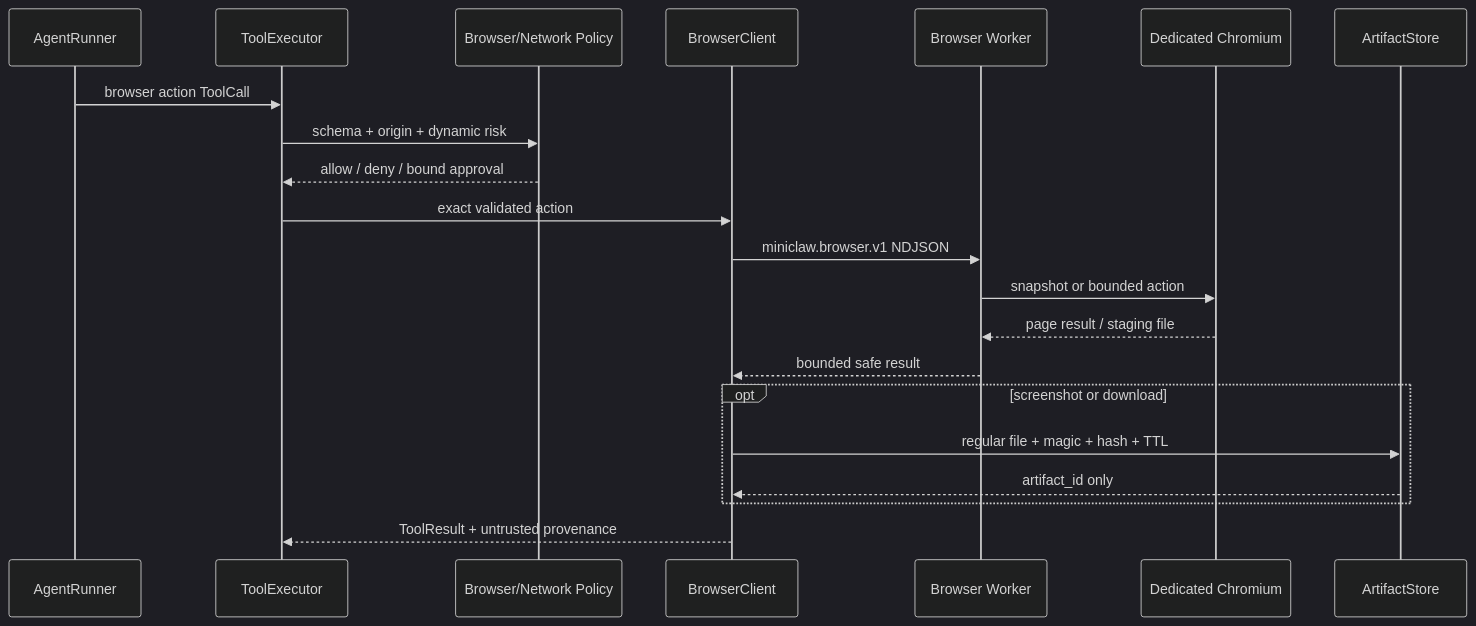
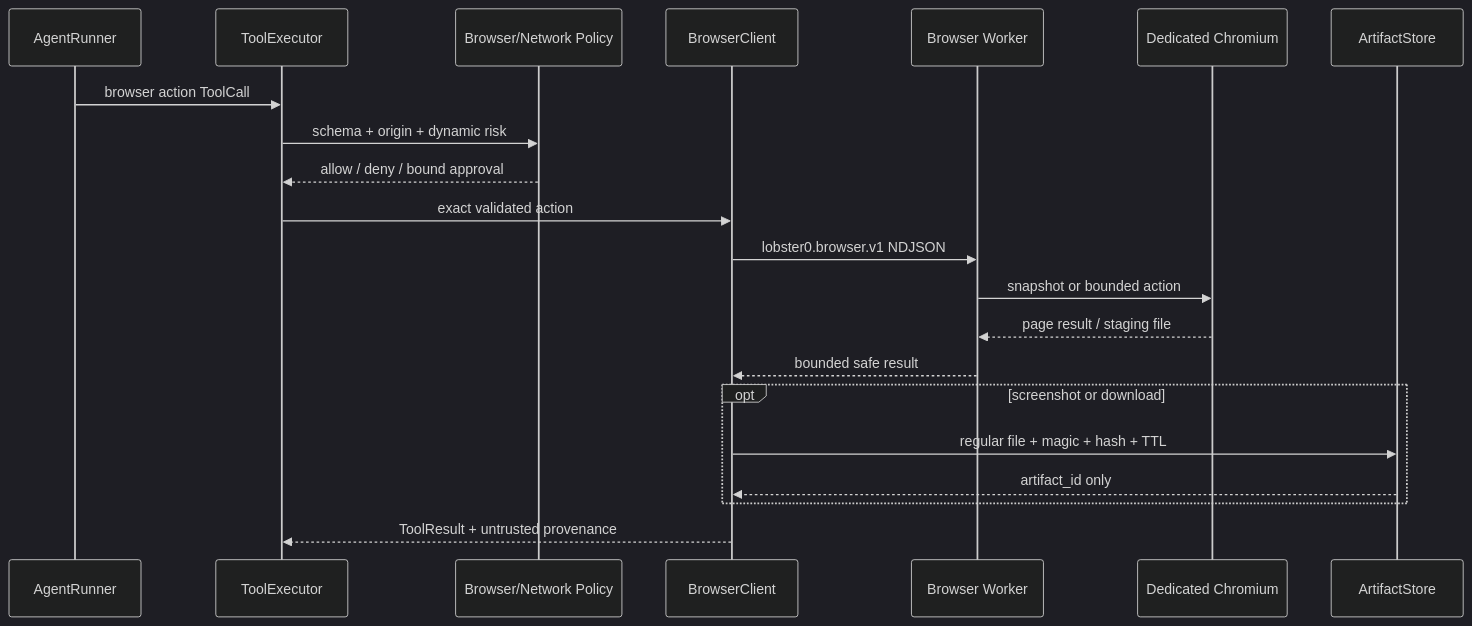
Before and after one commit to NEDONION/lobster0: diagram 12 of 14 in docs/architecture/20260807_系统架构.md, drawn with Mermaid (dark theme). The commit also changed other lines of this file and 221 other files, not shown here.

First line of the commit message:
docs(rename): 文档、官网内容与桌面/TUI/Browser-Worker 品牌文案改为 Lobster0

````diff
--- a/docs/architecture/20260807_系统架构.md
+++ b/docs/architecture/20260807_系统架构.md
@@ -425,24 +425,24 @@
 ```mermaid
 sequenceDiagram
     participant A as AgentRunner
     participant E as ToolExecutor
     participant P as Browser/Network Policy
     participant C as BrowserClient
     participant W as Browser Worker
     participant B as Dedicated Chromium
     participant S as ArtifactStore
 
     A->>E: browser action ToolCall
     E->>P: schema + origin + dynamic risk
     P-->>E: allow / deny / bound approval
     E->>C: exact validated action
-    C->>W: miniclaw.browser.v1 NDJSON
+    C->>W: lobster0.browser.v1 NDJSON
     W->>B: snapshot or bounded action
     B-->>W: page result / staging file
     W-->>C: bounded safe result
     opt screenshot or download
         C->>S: regular file + magic + hash + TTL
         S-->>C: artifact_id only
     end
     C-->>E: ToolResult + untrusted provenance
 ```
````
